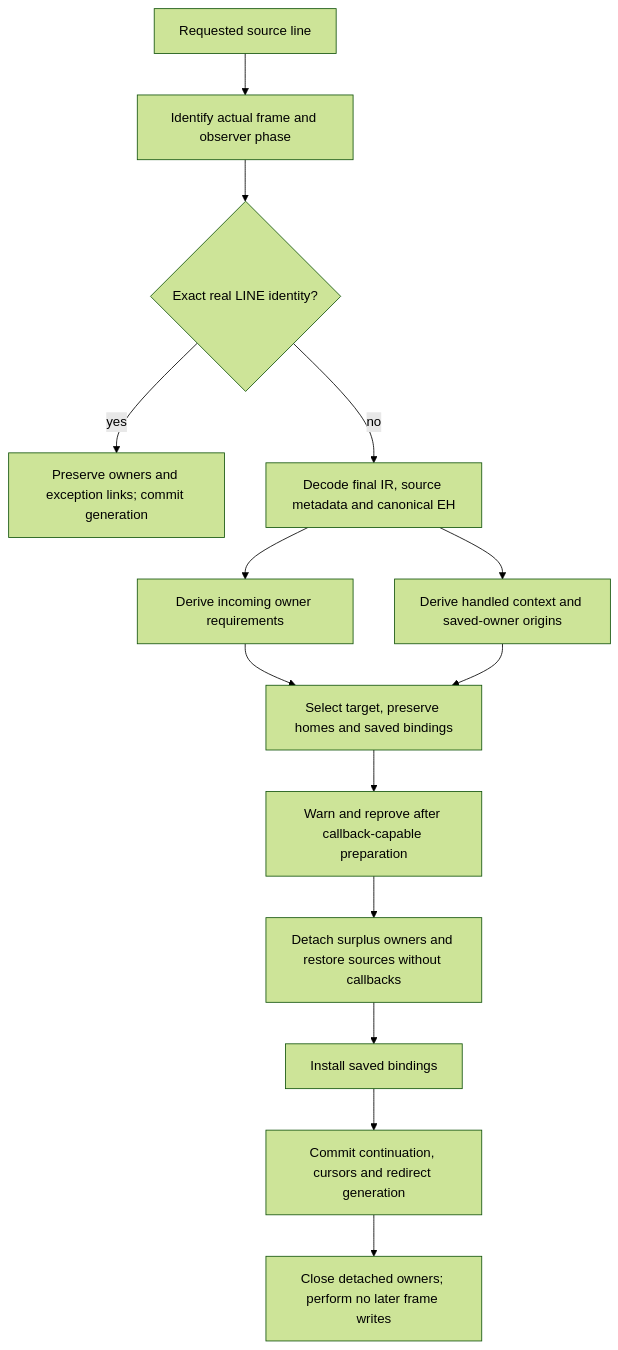
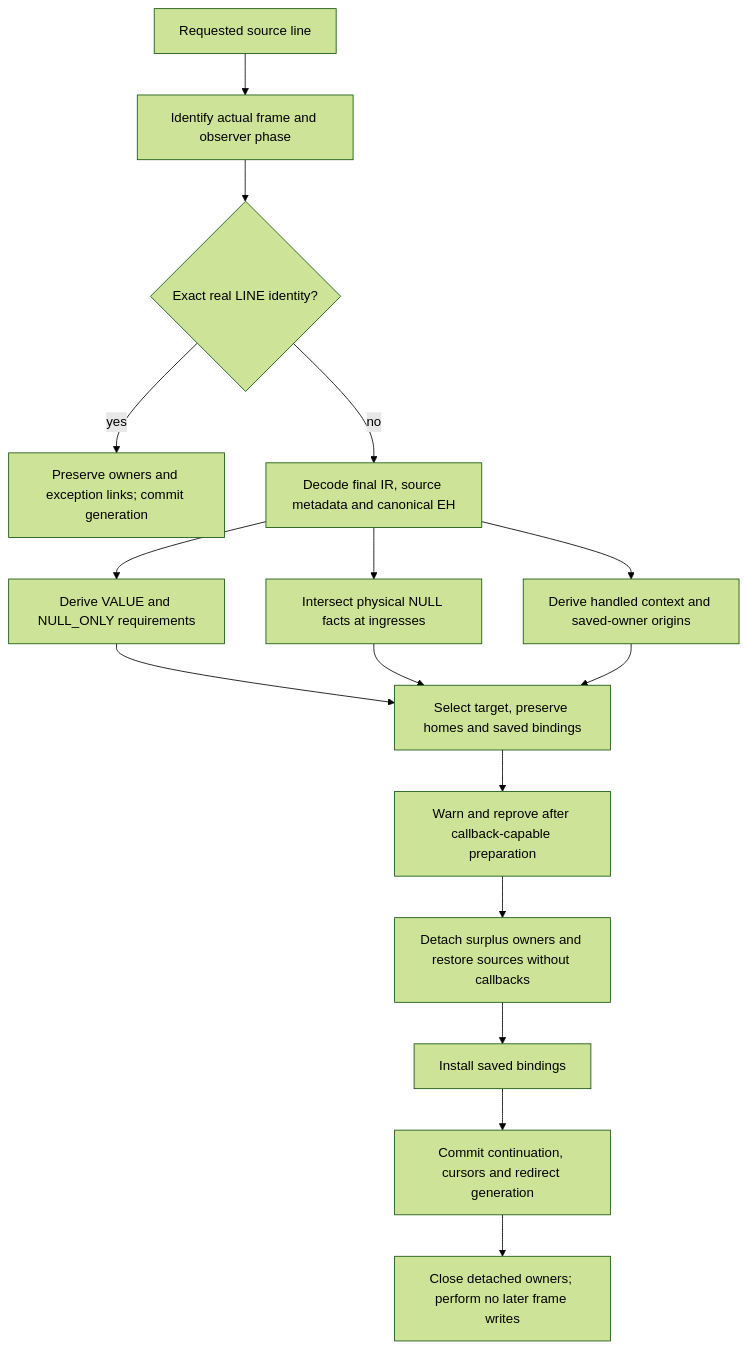
Before and after one commit to rjpower/cpython: the diagram in pyjit/design/debugger-frame-transfers.md, drawn with Mermaid (forest theme). The commit also changed other lines of this file and 22 other files, not shown here.

````diff
--- a/pyjit/design/debugger-frame-transfers.md
+++ b/pyjit/design/debugger-frame-transfers.md
@@ -41,16 +41,18 @@
 ```mermaid
 flowchart TD
     request[Requested source line] --> phase[Identify actual frame and observer phase]
     phase --> identity{Exact real LINE identity?}
     identity -->|yes| keep[Preserve owners and exception links; commit generation]
     identity -->|no| analyze[Decode final IR, source metadata and canonical EH]
-    analyze --> needs[Derive incoming owner requirements]
+    analyze --> needs[Derive VALUE and NULL_ONLY requirements]
     analyze --> context[Derive handled context and saved-owner origins]
+    analyze --> nulls[Intersect physical NULL facts at ingresses]
     needs --> plan[Select target, preserve homes and saved bindings]
+    nulls --> plan
     context --> plan
     plan --> warning[Warn and reprove after callback-capable preparation]
     warning --> detach[Detach surplus owners and restore sources without callbacks]
     detach --> restore[Install saved bindings]
     restore --> commit[Commit continuation, cursors and redirect generation]
     commit --> retire[Close detached owners; perform no later frame writes]
 ```
````
